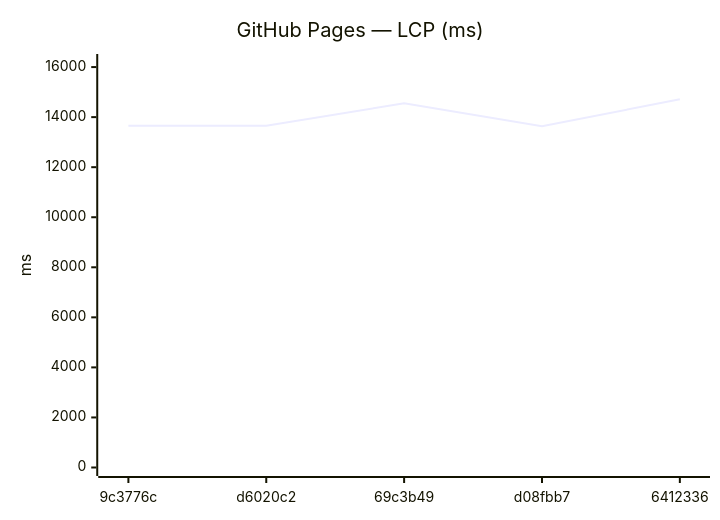
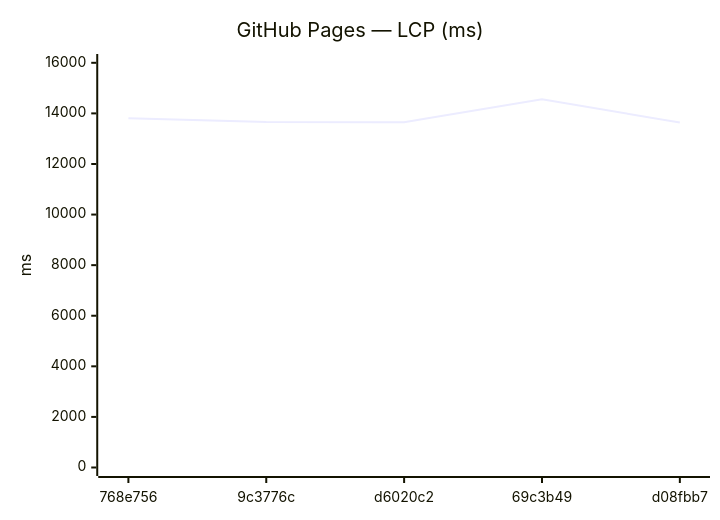
One commit to Metaheurist/Rianell changed the ninth of 18 diagrams in benchmarks/compare.md. Above: the diagram before and after it, drawn with Mermaid. The commit also changed other lines of this file and 11 other files, not shown here.

````diff
--- a/benchmarks/compare.md
+++ b/benchmarks/compare.md
@@ -142,7 +142,7 @@
 ```mermaid
 xychart-beta
     title "GitHub Pages — LCP (ms)"
-    x-axis ["9c3776c", "d6020c2", "69c3b49", "d08fbb7", "6412336"]
-    y-axis "ms" 0 --> 16183
-    line [13660, 13653, 14556, 13636, 14711]
+    x-axis ["768e756", "9c3776c", "d6020c2", "69c3b49", "d08fbb7"]
+    y-axis "ms" 0 --> 16012
+    line [13811, 13660, 13653, 14556, 13636]
 ```
````
